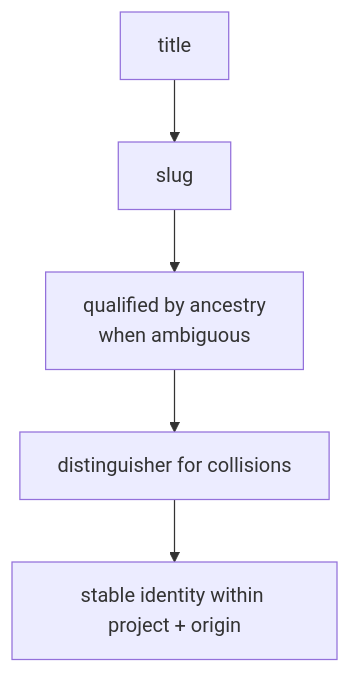
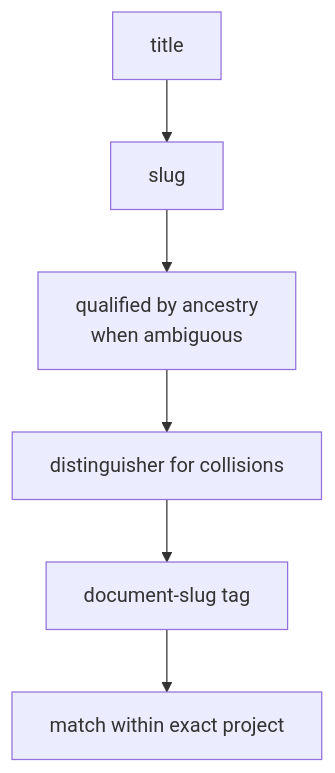
One commit to infimalabs/spice-rust changed the second of 13 diagrams in docs/product/interfaces.md. Above: the diagram before and after it, drawn with Mermaid. The commit also changed other lines of this file and 71 other files, not shown here.

````diff
--- a/docs/product/interfaces.md
+++ b/docs/product/interfaces.md
@@ -96,7 +99,8 @@
 ```mermaid
 flowchart TD
   T["title"] --> SL["slug"]
   SL --> Q["qualified by ancestry<br/>when ambiguous"]
   Q --> D["distinguisher for collisions"]
-  D --> ID["stable identity within project + origin"]
+  D --> ID["document-slug tag"]
+  ID --> P["match within exact project"]
 ```
````
